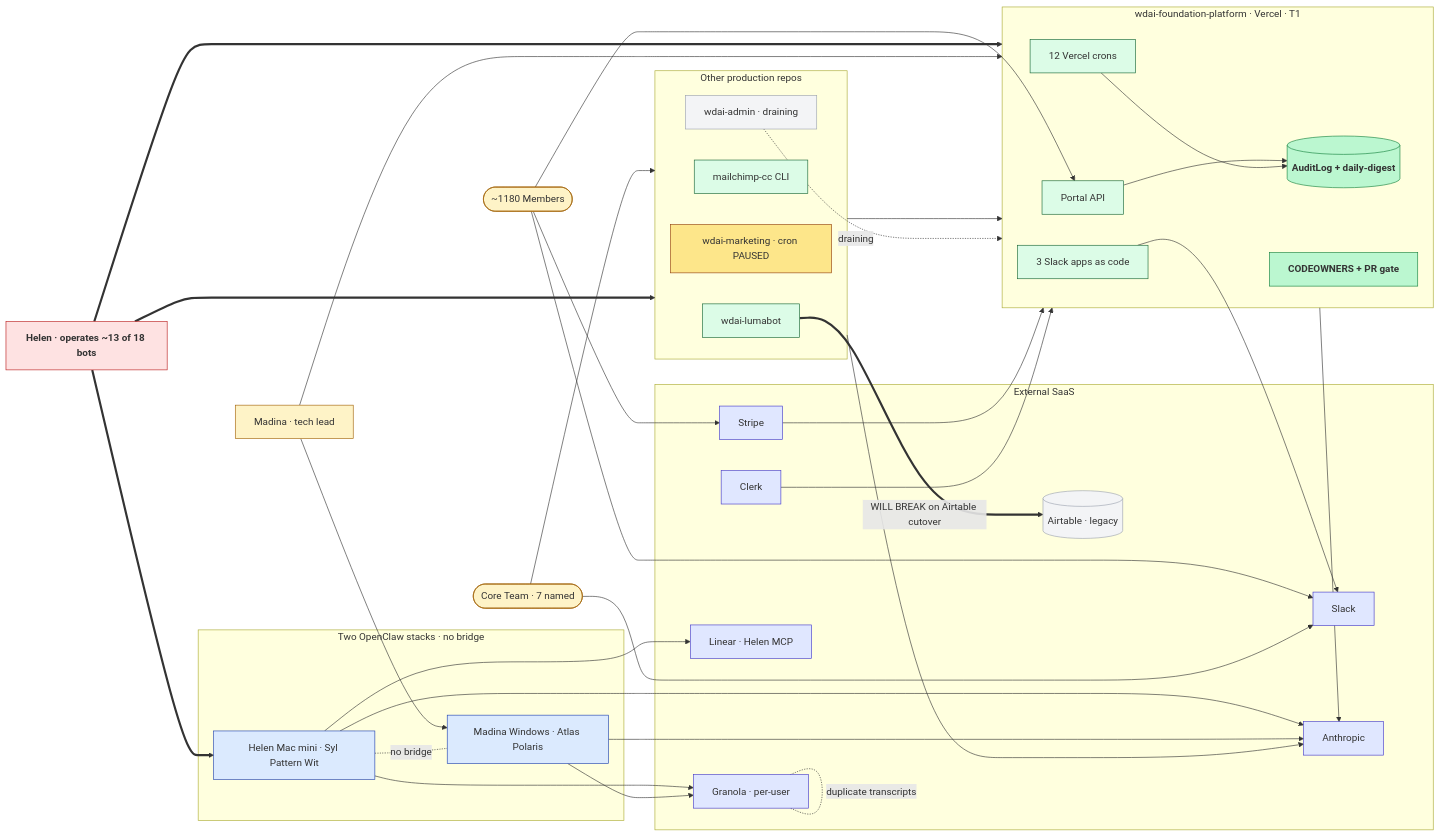
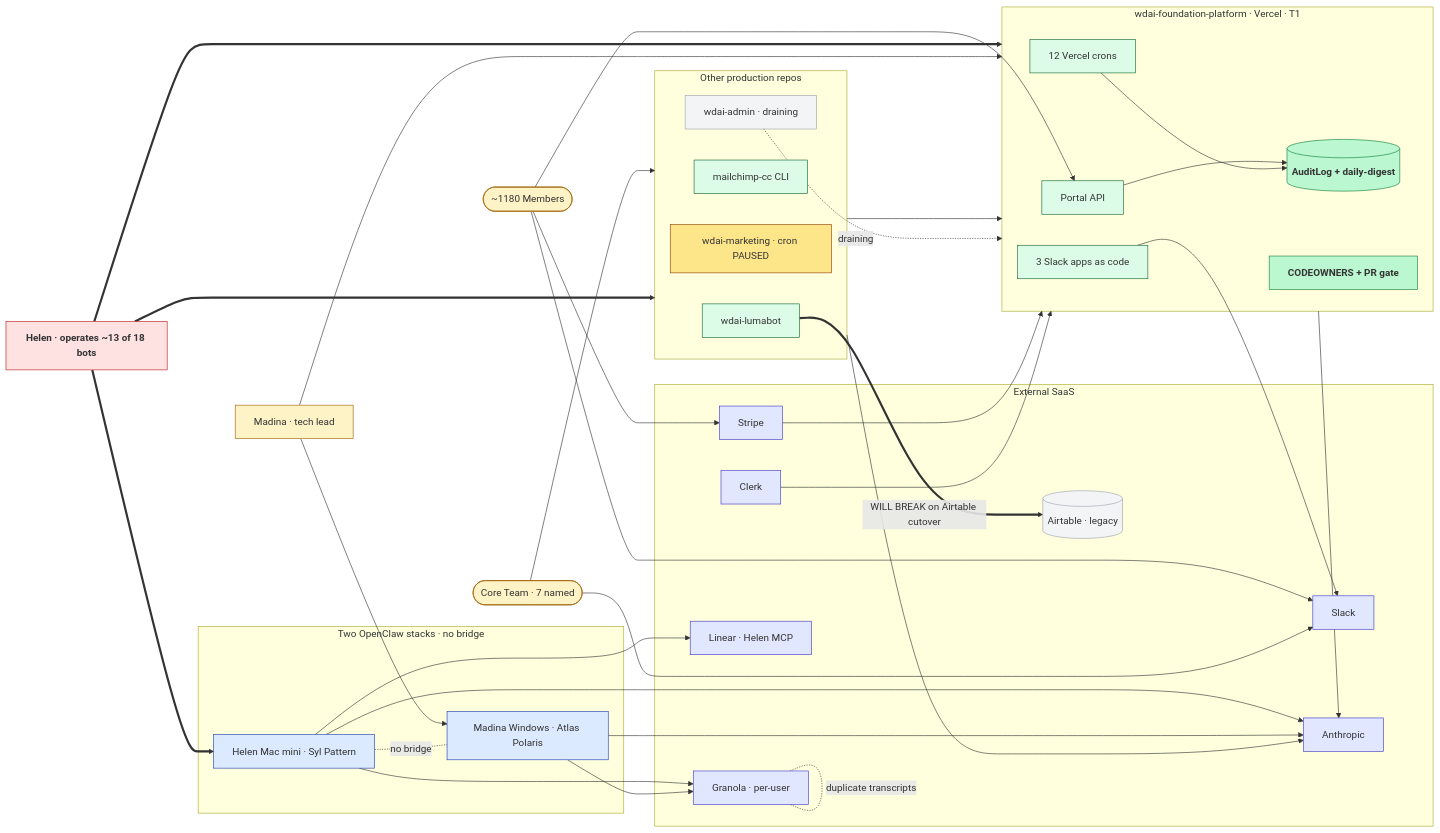
The diagram in dev-agent/design/team-os/pass-1/06-system-summary.md (mgbotoe/agents), drawn with Mermaid before and after one commit. The commit also changed other lines of this file and 5 other files, not shown here.

```diff
--- a/dev-agent/design/team-os/pass-1/06-system-summary.md
+++ b/dev-agent/design/team-os/pass-1/06-system-summary.md
@@ -32,7 +32,7 @@
     end
 
     subgraph OpenClaw["Two OpenClaw stacks · no bridge"]
-        HelenStack[Helen Mac mini · Syl Pattern Wit]
+        HelenStack[Helen Mac mini · Syl Pattern]
         MadinaStack[Madina Windows · Atlas Polaris]
     end
 
```
